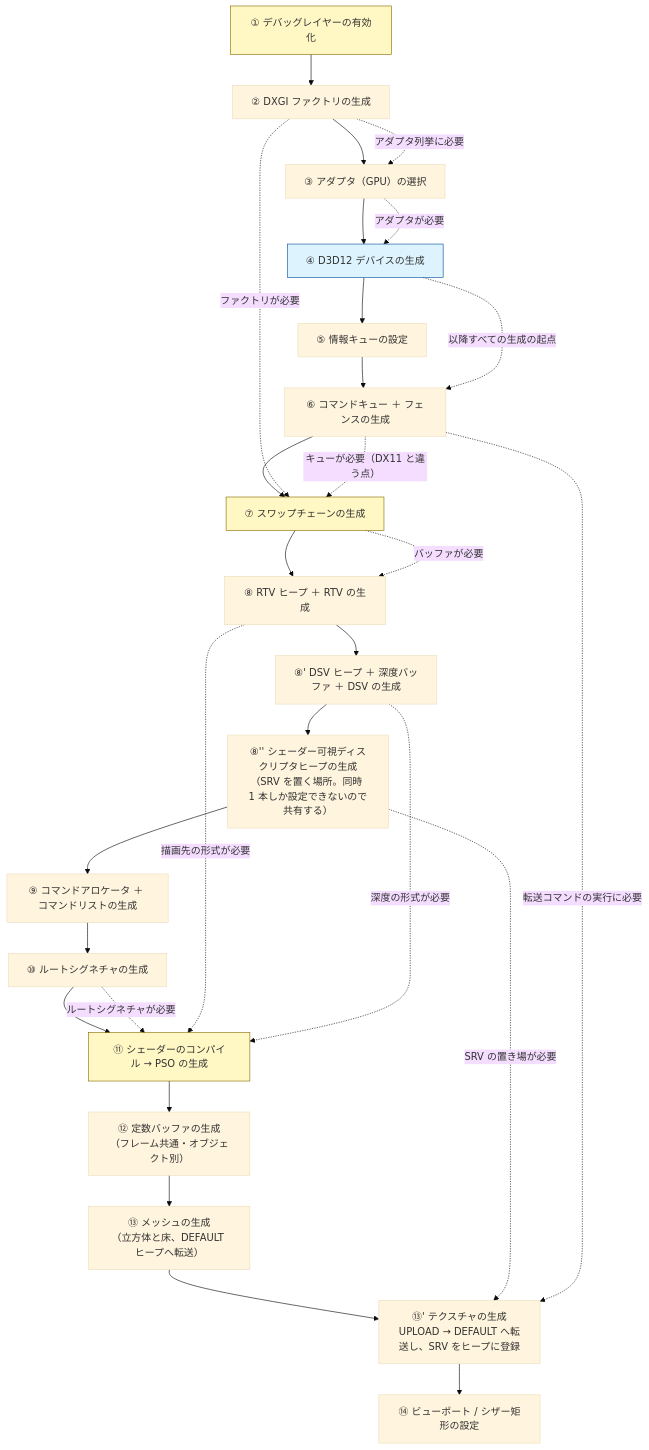
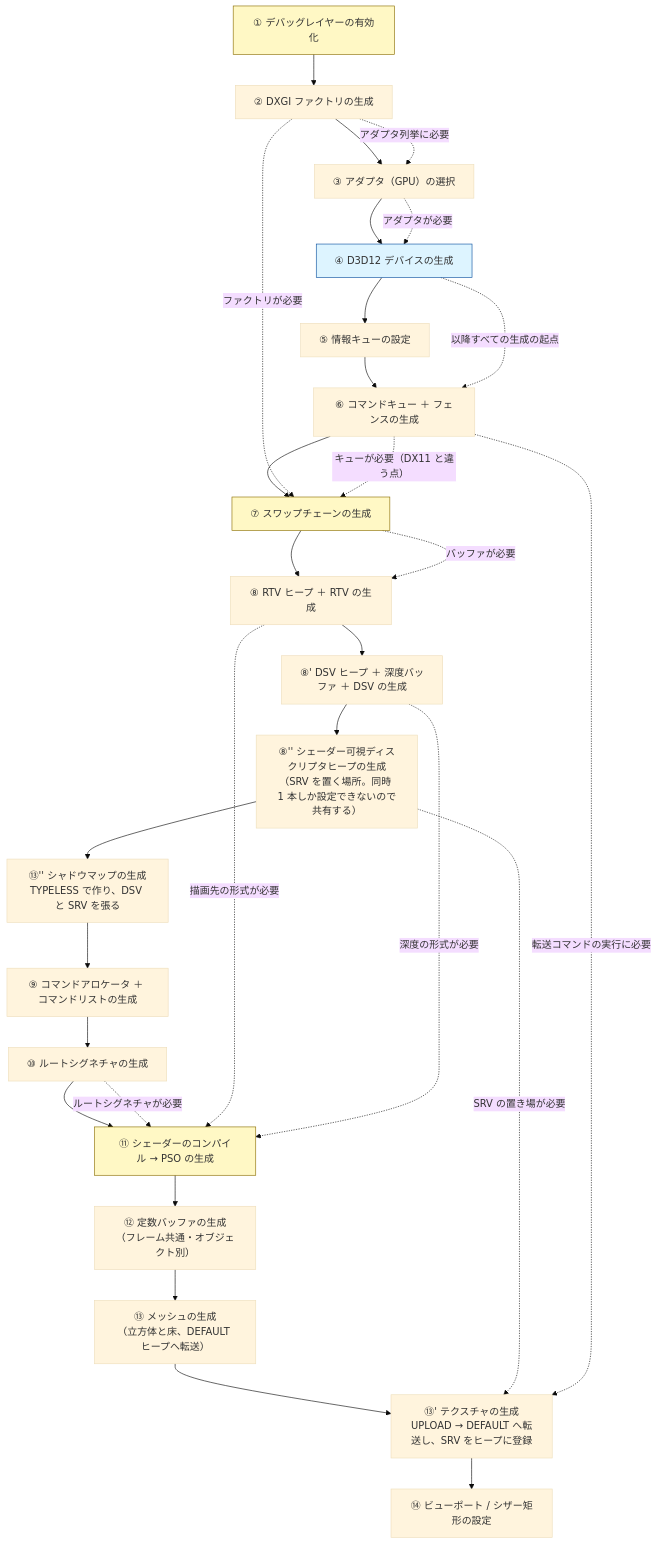
The second of 4 diagrams in docs/design/描画フロー.md (Tomonorarari-Think/DirectX12Dev), drawn with Mermaid (base theme) before and after one commit. The commit also changed other lines of this file and 19 other files, not shown here.

````diff
--- a/docs/design/描画フロー.md
+++ b/docs/design/描画フロー.md
@@ -32,39 +32,40 @@
 ```mermaid
 flowchart TD
     S1["① デバッグレイヤーの有効化"]
     S2["② DXGI ファクトリの生成"]
     S3["③ アダプタ（GPU）の選択"]
     S4["④ D3D12 デバイスの生成"]
     S5["⑤ 情報キューの設定"]
     S6["⑥ コマンドキュー ＋ フェンスの生成"]
     S7["⑦ スワップチェーンの生成"]
     S8["⑧ RTV ヒープ ＋ RTV の生成"]
     S8b["⑧' DSV ヒープ ＋ 深度バッファ ＋ DSV の生成"]
     SH["⑧'' シェーダー可視ディスクリプタヒープの生成<br/>（SRV を置く場所。同時 1 本しか設定できないので共有する）"]
     S9["⑨ コマンドアロケータ ＋ コマンドリストの生成"]
     S10["⑩ ルートシグネチャの生成"]
     S11["⑪ シェーダーのコンパイル → PSO の生成"]
     S12["⑫ 定数バッファの生成<br/>（フレーム共通・オブジェクト別）"]
     S13["⑬ メッシュの生成<br/>（立方体と床、DEFAULT ヒープへ転送）"]
+    S13c["⑬'' シャドウマップの生成<br/>TYPELESS で作り、DSV と SRV を張る"]
     S13b["⑬' テクスチャの生成<br/>UPLOAD → DEFAULT へ転送し、SRV をヒープに登録"]
     S14["⑭ ビューポート / シザー矩形の設定"]
 
-    S1 --> S2 --> S3 --> S4 --> S5 --> S6 --> S7 --> S8 --> S8b --> SH --> S9 --> S10 --> S11 --> S12 --> S13 --> S13b --> S14
+    S1 --> S2 --> S3 --> S4 --> S5 --> S6 --> S7 --> S8 --> S8b --> SH --> S13c --> S9 --> S10 --> S11 --> S12 --> S13 --> S13b --> S14
 
     S2 -. アダプタ列挙に必要 .-> S3
     S3 -. アダプタが必要 .-> S4
     S4 -. 以降すべての生成の起点 .-> S6
     S2 -. ファクトリが必要 .-> S7
     S6 -. キューが必要（DX11 と違う点） .-> S7
     S7 -. バッファが必要 .-> S8
     S10 -. ルートシグネチャが必要 .-> S11
     S8 -. 描画先の形式が必要 .-> S11
     S8b -. 深度の形式が必要 .-> S11
     SH -. SRV の置き場が必要 .-> S13b
     S6 -. 転送コマンドの実行に必要 .-> S13b
 
     style S1 fill:#fff8c5,stroke:#8a6d00
     style S4 fill:#ddf4ff,stroke:#0a4f9e
     style S7 fill:#fff8c5,stroke:#8a6d00
     style S11 fill:#fff8c5,stroke:#8a6d00
 ```
````
